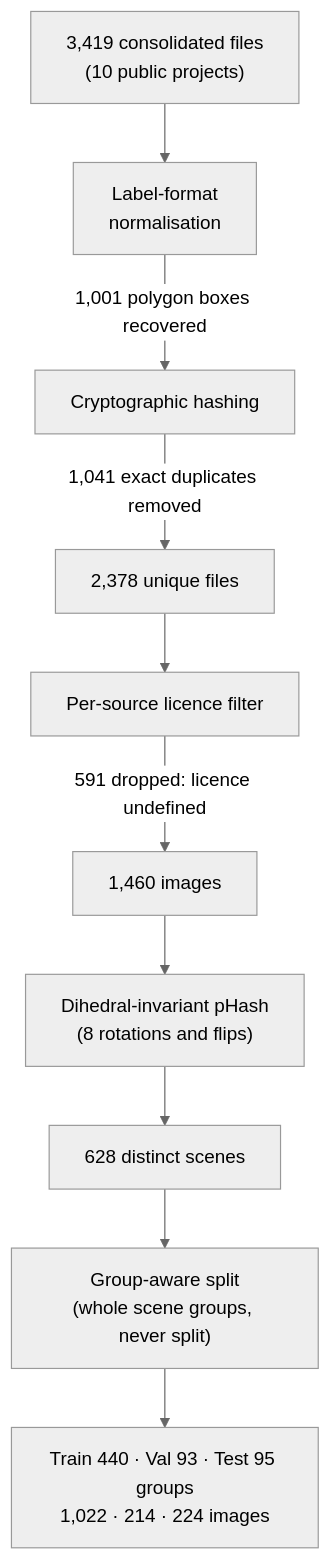
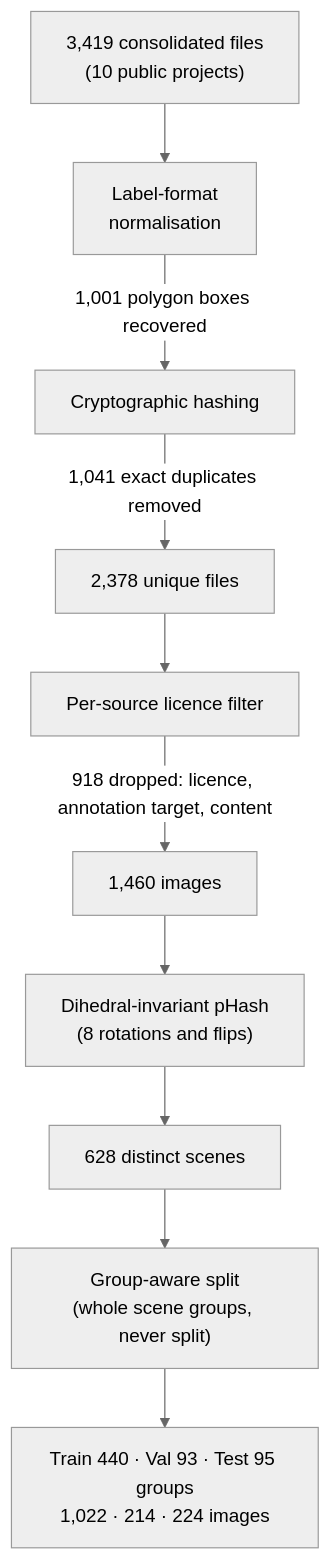
The second of 3 diagrams in README.md (Andre031222/data-integrity-vision-language-auto-labelling), drawn with Mermaid (neutral theme) before and after one commit. The commit also changed other lines of this file and 1 other file, not shown here.

````diff
--- a/README.md
+++ b/README.md
@@ -234,12 +234,12 @@
 ```mermaid
 flowchart TD
     R["3,419 consolidated files<br/>(10 public projects)"] --> P["Label-format<br/>normalisation"]
     P -->|"1,001 polygon boxes recovered"| M["Cryptographic hashing"]
     M -->|"1,041 exact duplicates removed"| U["2,378 unique files"]
     U --> L["Per-source licence filter"]
-    L -->|"591 dropped: licence undefined"| K["1,460 images"]
+    L -->|"918 dropped: licence, annotation target, content"| K["1,460 images"]
     K --> D["Dihedral-invariant pHash<br/>(8 rotations and flips)"]
     D --> S["628 distinct scenes"]
     S --> G["Group-aware split<br/>(whole scene groups, never split)"]
     G --> T["Train 440 · Val 93 · Test 95 groups<br/>1,022 · 214 · 224 images"]
 ```
````
